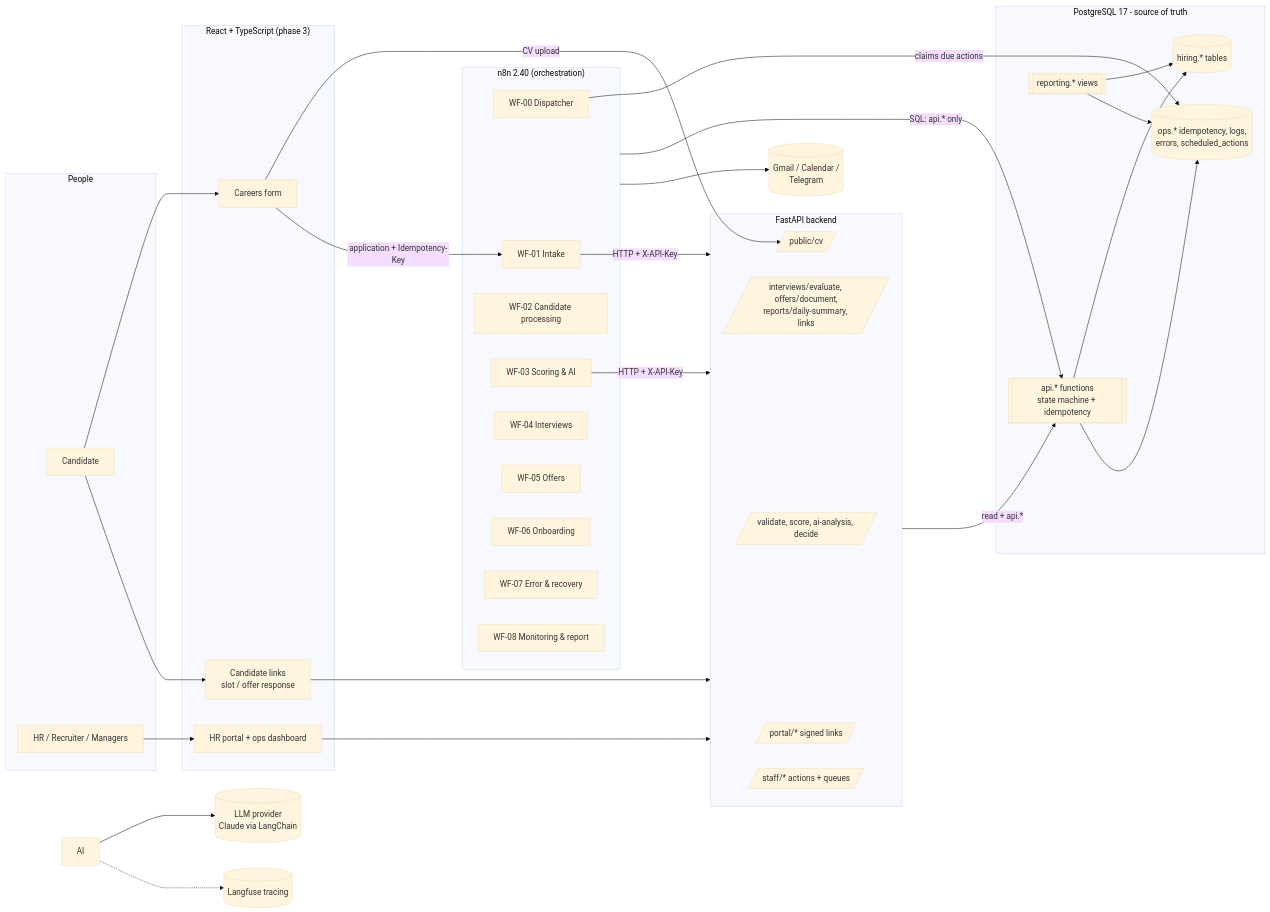
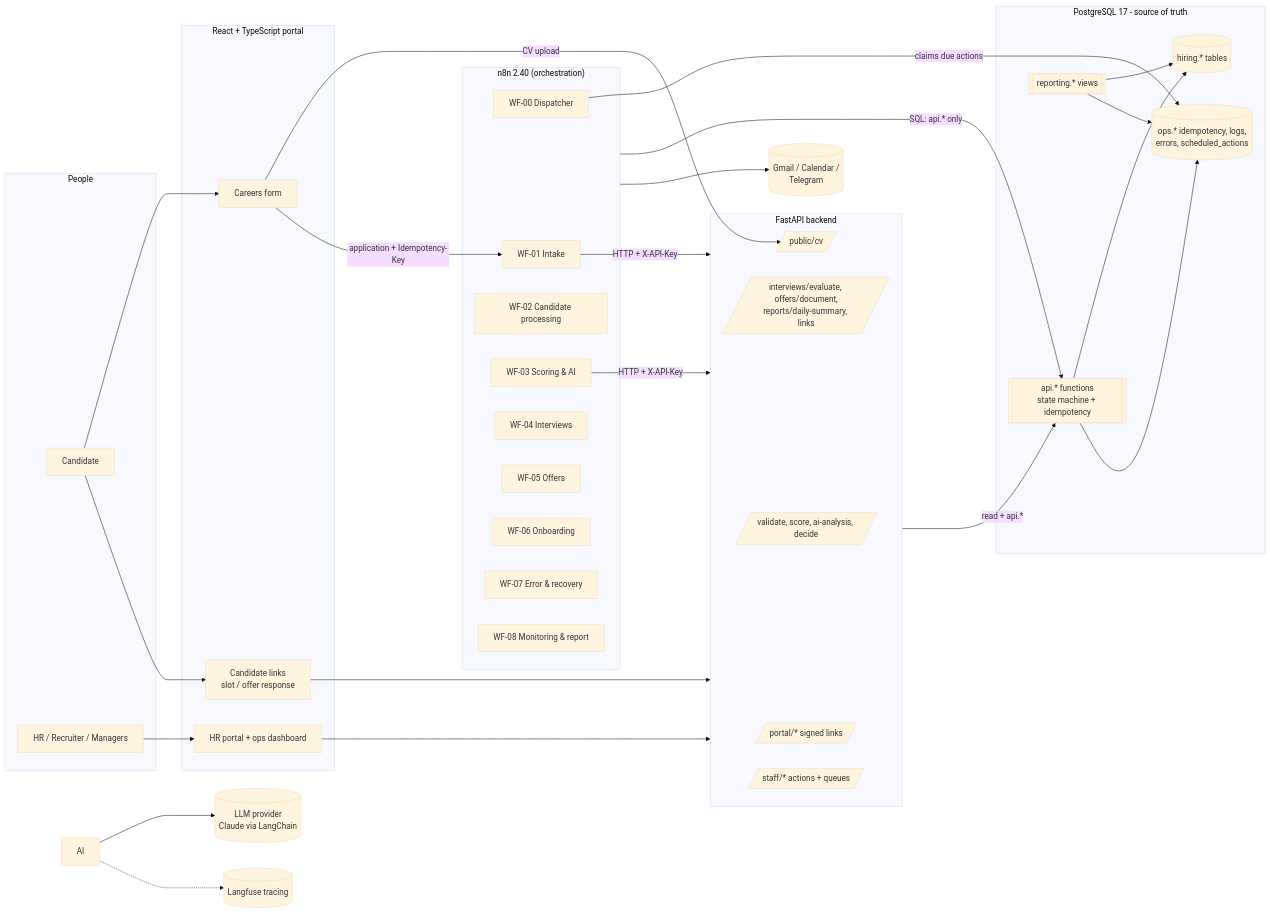
Before and after one commit to hassankhursheed/novatech-hiring-automation: the first of 2 diagrams in docs/architecture.md, drawn with Mermaid (base theme). The commit also changed other lines of this file and 4 other files, not shown here.

````diff
--- a/docs/architecture.md
+++ b/docs/architecture.md
@@ -28,59 +28,59 @@
 ```mermaid
 flowchart LR
     subgraph People
         C[Candidate]
         HR[HR / Recruiter / Managers]
     end
 
-    subgraph Frontend["React + TypeScript (phase 3)"]
+    subgraph Frontend["React + TypeScript portal"]
         F1[Careers form]
         F2[Candidate links<br/>slot / offer response]
         F3[HR portal + ops dashboard]
     end
 
     subgraph N8N["n8n 2.40 (orchestration)"]
         WF0[WF-00 Dispatcher]
         WF1[WF-01 Intake]
         WF2[WF-02 Candidate processing]
         WF3[WF-03 Scoring & AI]
         WF4[WF-04 Interviews]
         WF5[WF-05 Offers]
         WF6[WF-06 Onboarding]
         WF7[WF-07 Error & recovery]
         WF8[WF-08 Monitoring & report]
     end
 
     subgraph API["FastAPI backend"]
         V[/validate, score, ai-analysis, decide/]
         EV[/interviews/evaluate, offers/document,<br/>reports/daily-summary, links/]
         CV[/public/cv/]
         PO[/portal/* signed links/]
         ST[/staff/* actions + queues/]
     end
 
     subgraph DB["PostgreSQL 17 - source of truth"]
         T[(hiring.* tables)]
         O[(ops.* idempotency, logs,<br/>errors, scheduled_actions)]
         FN[[api.* functions<br/>state machine + idempotency]]
         R[[reporting.* views]]
     end
 
     LLM[(LLM provider<br/>Claude via LangChain)]
     LF[(Langfuse tracing)]
     EXT[(Gmail / Calendar /<br/>Telegram)]
 
     C --> F1 & F2
     HR --> F3
     F1 -- CV upload --> CV
     F1 -- application + Idempotency-Key --> WF1
     F2 & F3 --> API
     WF1 & WF3 -- HTTP + X-API-Key --> API
     AI --> LLM
     AI -.-> LF
     N8N -- SQL: api.* only --> FN
     API -- read + api.* --> FN
     FN --> T & O
     R --> T & O
     N8N --> EXT
     WF0 -- claims due actions --> O
 ```
````
